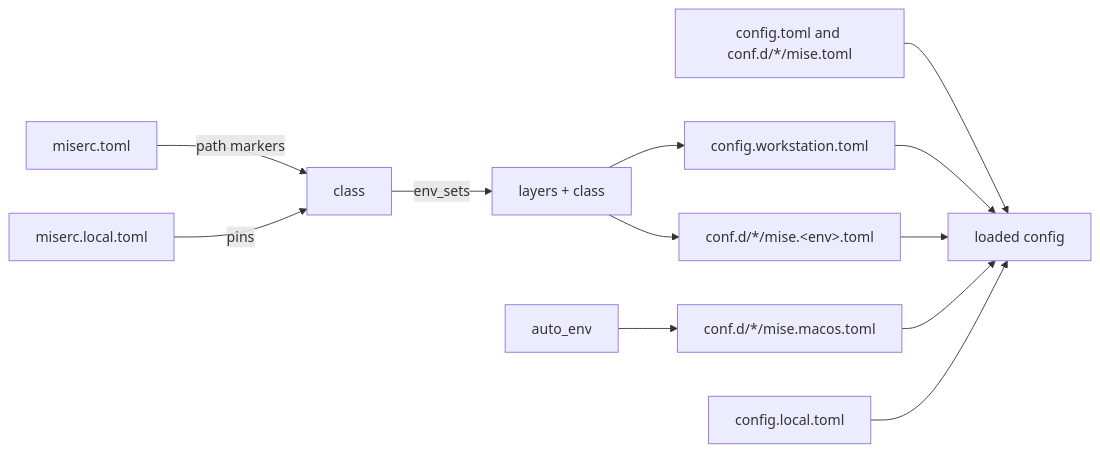
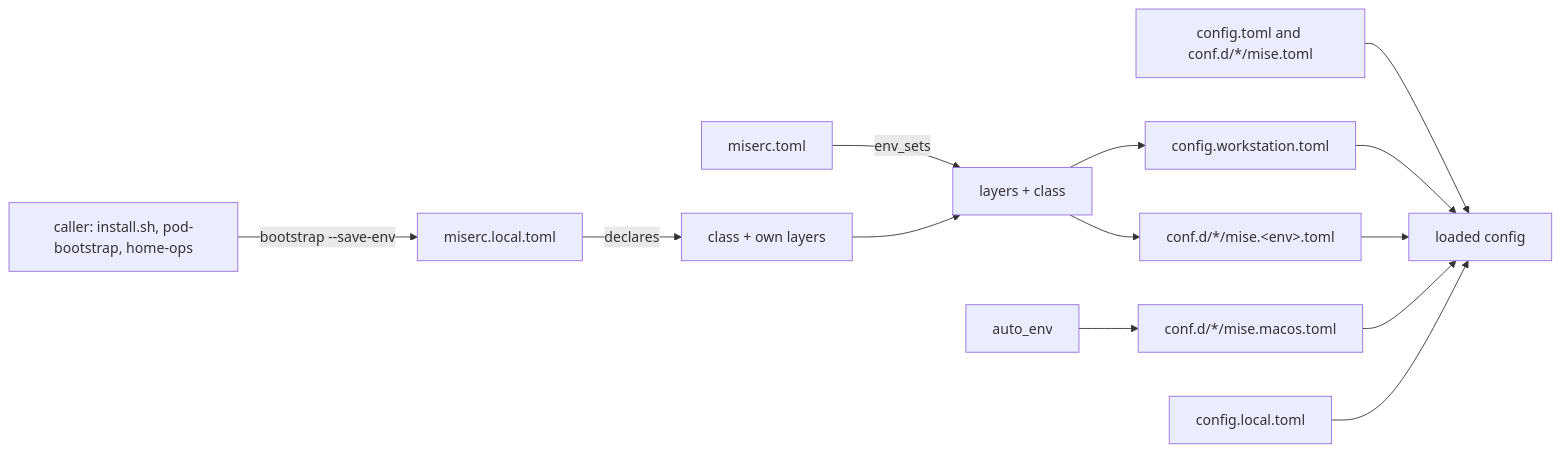
The diagram in docs/mise.md (h-wb/dotfiles), drawn with Mermaid before and after one commit. The commit also changed other lines of this file and 38 other files, not shown here.

First line of the commit message:
feat: one bootstrap for every machine, its environment declared by the caller

````diff
--- a/docs/mise.md
+++ b/docs/mise.md
@@ -22,14 +22,15 @@
 ```mermaid
 flowchart LR
-  M[miserc.toml] -->|path markers| C[class]
-  L[miserc.local.toml] -->|pins| C
-  C -->|env_sets| E[layers + class]
+  D["caller: install.sh, pod-bootstrap, home-ops"] -->|bootstrap --save-env| L[miserc.local.toml]
+  L -->|declares| C[class + own layers]
+  M[miserc.toml] -->|env_sets| E[layers + class]
+  C --> E
   E --> F1[config.workstation.toml]
   E --> F2["conf.d/*/mise.&lt;env&gt;.toml"]
   A[auto_env] --> F3["conf.d/*/mise.macos.toml"]
   F0[config.toml and conf.d/*/mise.toml] --> R[loaded config]
   F1 --> R
   F2 --> R
   F3 --> R
   X[config.local.toml] --> R
 ```
````
